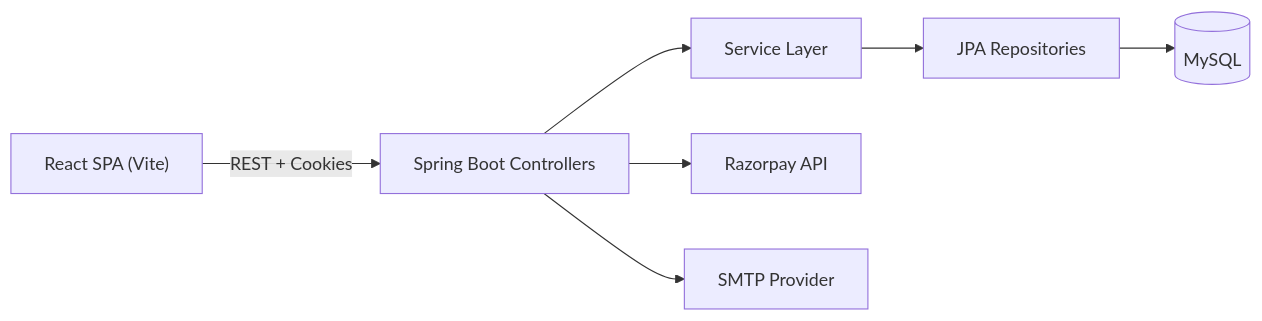
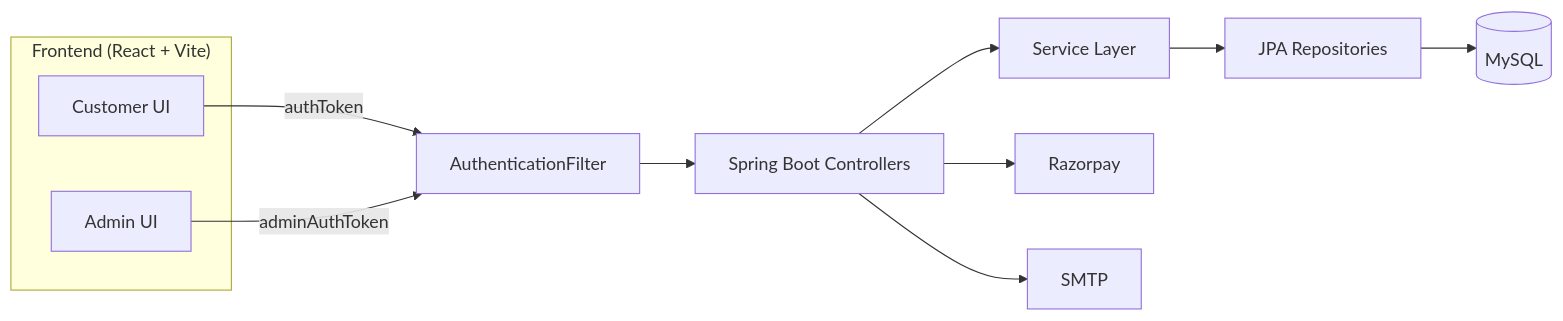
One commit to annnuuupam/NexCart changed the first of 2 diagrams in README.md. Above: the diagram before and after it, drawn with Mermaid. The commit also changed other lines of this file and 41 other files, not shown here.

````diff
--- a/README.md
+++ b/README.md
@@ -61,9 +64,23 @@
 ```mermaid
 flowchart LR
-  UI["React SPA (Vite)"] -->|REST + Cookies| API["Spring Boot Controllers"]
-  API --> SVC["Service Layer"]
-  SVC --> REPO["JPA Repositories"]
-  REPO --> DB[("MySQL")]
-  API --> RP["Razorpay API"]
-  API --> MAIL["SMTP Provider"]
+  subgraph FE["Frontend (React + Vite)"]
+    CUST["Customer UI"]
+    ADMIN["Admin UI"]
+  end
+  FILTER["AuthenticationFilter"]
+  API["Spring Boot Controllers"]
+  SVC["Service Layer"]
+  REPO["JPA Repositories"]
+  DB[("MySQL")]
+  RP["Razorpay"]
+  SMTP["SMTP"]
+
+  CUST -->|authToken| FILTER
+  ADMIN -->|adminAuthToken| FILTER
+  FILTER --> API
+  API --> SVC
+  SVC --> REPO
+  REPO --> DB
+  API --> RP
+  API --> SMTP
 ```
````
